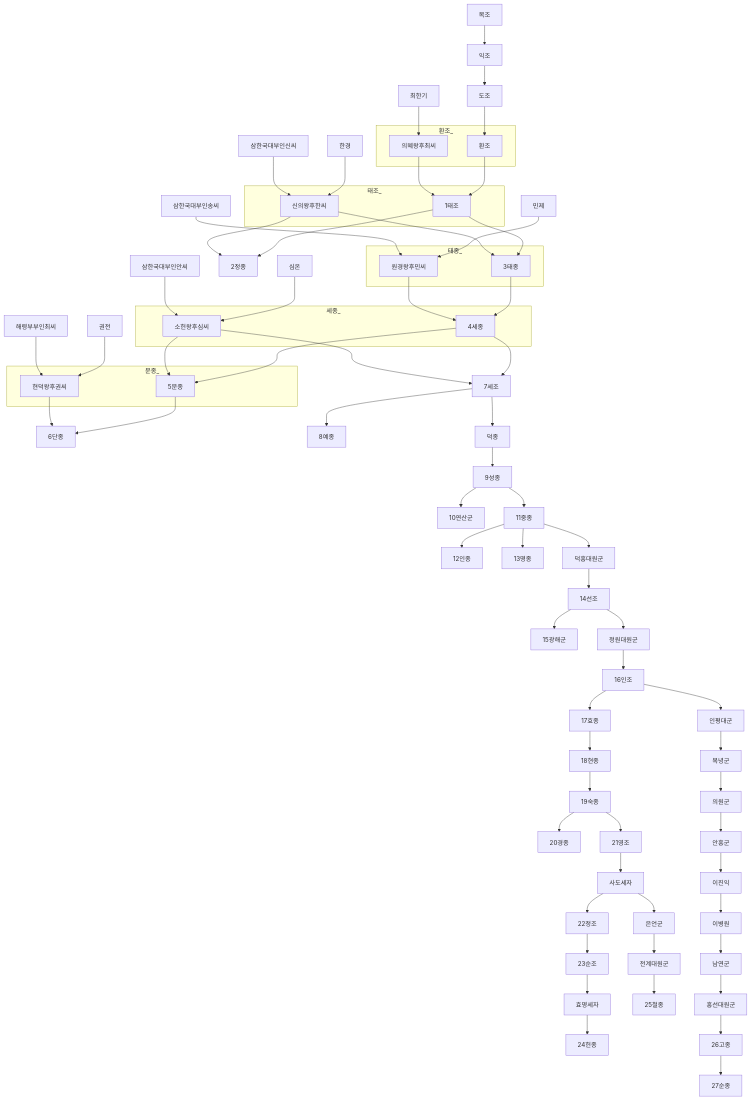
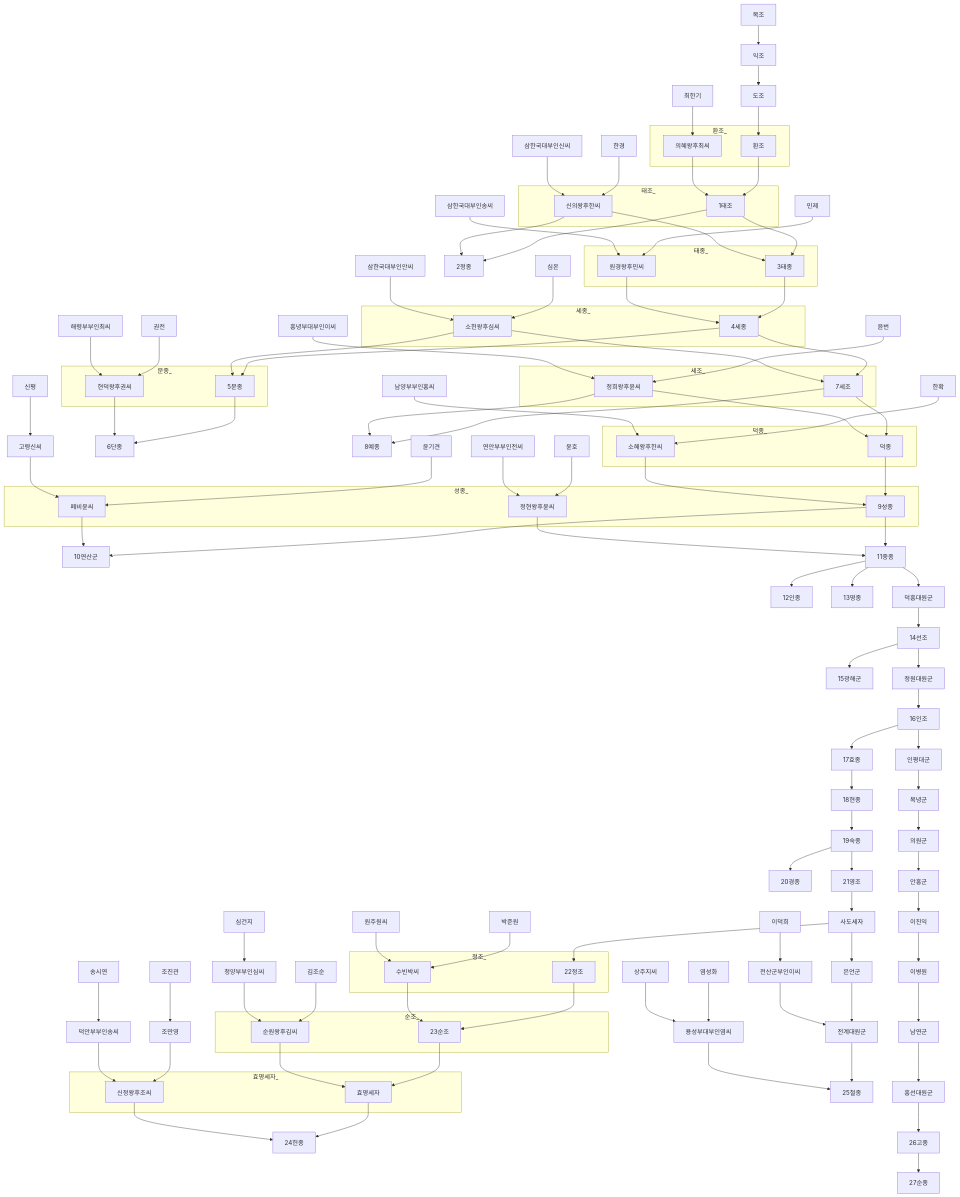
One commit to daewonyoon/historigram changed the diagram in 한국사/조선왕조_가계도_외가추가.md. Above: the diagram before and after it, drawn with Mermaid.

Commit message:
추가.

````diff
--- a/한국사/조선왕조_가계도_외가추가.md
+++ b/한국사/조선왕조_가계도_외가추가.md
@@ -48,8 +48,64 @@
 
 권전 --> 현덕왕후권씨 --> 6단종
 해령부부인최씨 --> 현덕왕후권씨
+
 subgraph 문종_
    5문종
    현덕왕후권씨
 end
+
+subgraph 세조_
+   7세조
+   정희왕후윤씨
+end
+
+윤번 --> 정희왕후윤씨 --> 8예종
+흥녕부대부인이씨 --> 정희왕후윤씨 --> 덕종
+
+subgraph 덕종_
+  덕종
+  소혜왕후한씨
+end
+
+한확 --> 소혜왕후한씨 --> 9성종
+남양부부인홍씨 --> 소혜왕후한씨
+
+subgraph 성종_
+   9성종
+   폐비윤씨
+   정현왕후윤씨
+end
+
+윤기견 --> 폐비윤씨 --> 10연산군
+신평 --> 고령신씨 --> 폐비윤씨
+
+윤호 --> 정현왕후윤씨 --> 11중종
+연안부부인전씨 --> 정현왕후윤씨
+
+subgraph 정조_
+  22정조
+  수빈박씨
+end
+
+박준원 --> 수빈박씨 --> 23순조
+원주원씨 --> 수빈박씨
+
+subgraph 순조_
+  23순조
+  순원왕후김씨
+end
+김조순 --> 순원왕후김씨 --> 효명세자
+심건지 --> 청양부부인심씨 --> 순원왕후김씨
+
+subgraph 효명세자_
+  효명세자
+  신정왕후조씨
+end
+조진관 --> 조만영 --> 신정왕후조씨 --> 24헌종
+송시연 --> 덕안부부인송씨 --> 신정왕후조씨
+
+이덕희 --> 전산군부인이씨 --> 전계대원군
+
+염성화 --> 용성부대부인염씨 --> 25철종
+상주지씨 --> 용성부대부인염씨
 ```
````
